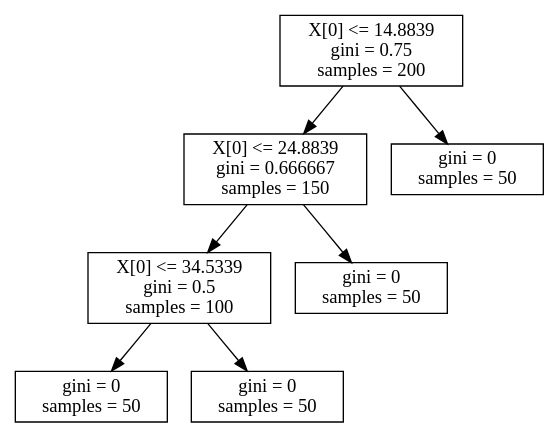
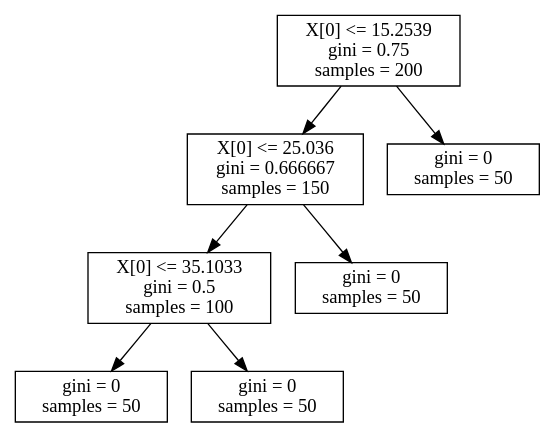
One commit to alex6792/ImageProcessingLib changed the diagram in tree.dot. Above: the diagram before and after it, drawn with Graphviz. The commit also changed 27 other files, not shown here.

```diff
--- a/tree.dot
+++ b/tree.dot
@@ -1,16 +1,16 @@
 digraph Tree {
 node [shape=box]
-0 [label="X[0] <= 14.8839\ngini = 0.75\nsamples = 200\n"] ;
+0 [label="X[0] <= 15.2539\ngini = 0.75\nsamples = 200\n"] ;
 0 -> 1 ;
 0 -> 2 ;
-1 [label="X[0] <= 24.8839\ngini = 0.666667\nsamples = 150\n"] ;
+1 [label="X[0] <= 25.036\ngini = 0.666667\nsamples = 150\n"] ;
 1 -> 3 ;
 1 -> 4 ;
 2 [label="gini = 0\nsamples = 50\n"] ;
-3 [label="X[0] <= 34.5339\ngini = 0.5\nsamples = 100\n"] ;
+3 [label="X[0] <= 35.1033\ngini = 0.5\nsamples = 100\n"] ;
 3 -> 5 ;
 3 -> 6 ;
 4 [label="gini = 0\nsamples = 50\n"] ;
 5 [label="gini = 0\nsamples = 50\n"] ;
 6 [label="gini = 0\nsamples = 50\n"] ;
 }
```
